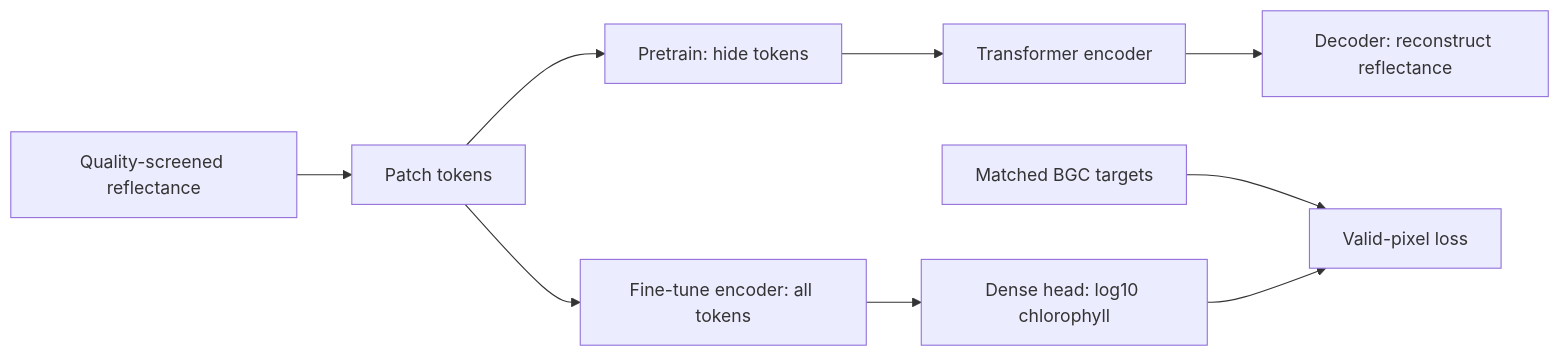
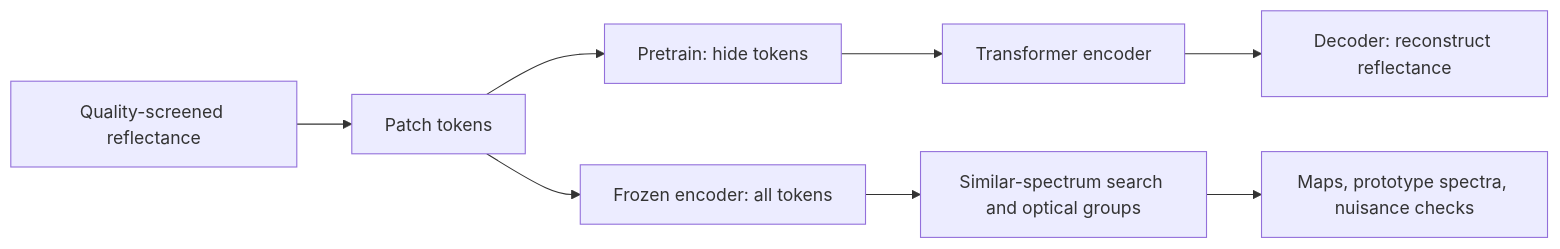
One commit to sameeerkashyap/hyperspectral_pace_vit changed the diagram in README.md. Above: the diagram before and after it, drawn with Mermaid. The commit also changed other lines of this file and 45 other files, not shown here.

````diff
--- a/README.md
+++ b/README.md
@@ -86,11 +115,10 @@
 ```mermaid
 flowchart LR
     A["Quality-screened reflectance"] --> B["Patch tokens"]
     B --> C["Pretrain: hide tokens"]
     C --> D["Transformer encoder"]
     D --> E["Decoder: reconstruct reflectance"]
-    B --> F["Fine-tune encoder: all tokens"]
-    F --> G["Dense head: log10 chlorophyll"]
-    H["Matched BGC targets"] --> I["Valid-pixel loss"]
-    G --> I
+    B --> F["Frozen encoder: all tokens"]
+    F --> G["Similar-spectrum search and optical groups"]
+    G --> H["Maps, prototype spectra, nuisance checks"]
 ```
````
